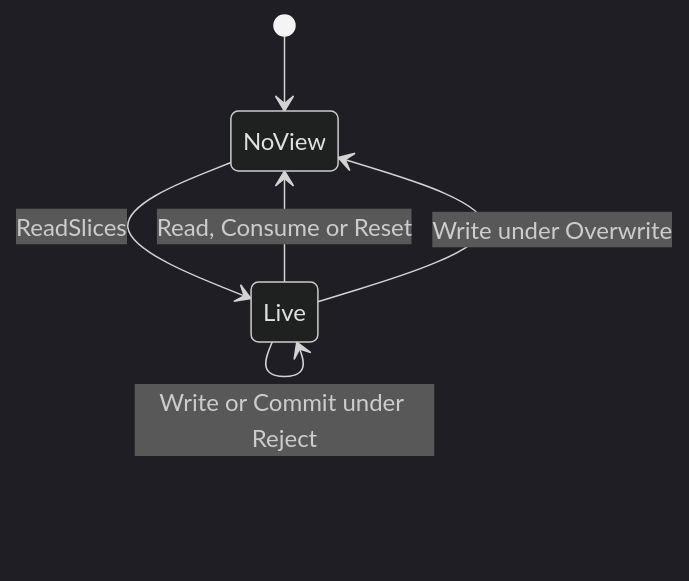
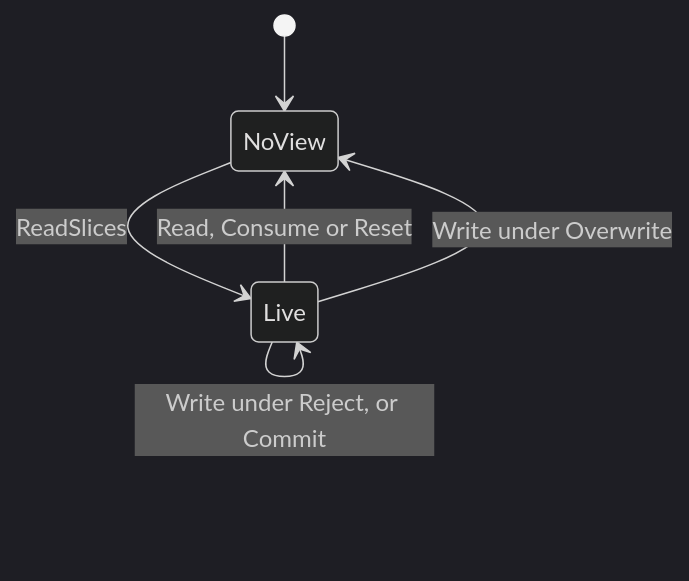
One commit to danieldonoghue/govoip-dsp changed the fifth of 5 diagrams in docs/guide.md. Above: the diagram before and after it, drawn with Mermaid (dark theme). The commit also changed other lines of this file and 12 other files, not shown here.

````diff
--- a/docs/guide.md
+++ b/docs/guide.md
@@ -252,8 +279,8 @@
 ```mermaid
 stateDiagram-v2
   [*] --> NoView
   NoView --> Live: ReadSlices
-  Live --> Live: Write or Commit under Reject
+  Live --> Live: Write under Reject, or Commit
   Live --> NoView: Read, Consume or Reset
   Live --> NoView: Write under Overwrite
 ```
````
